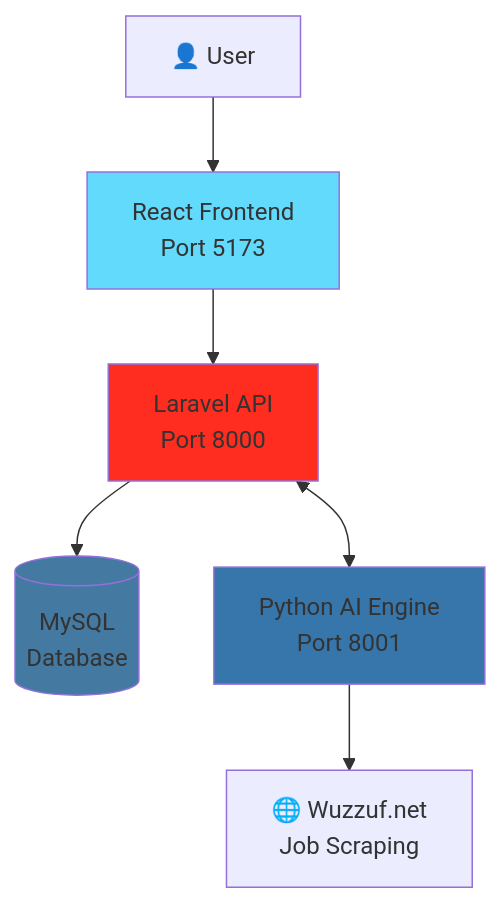
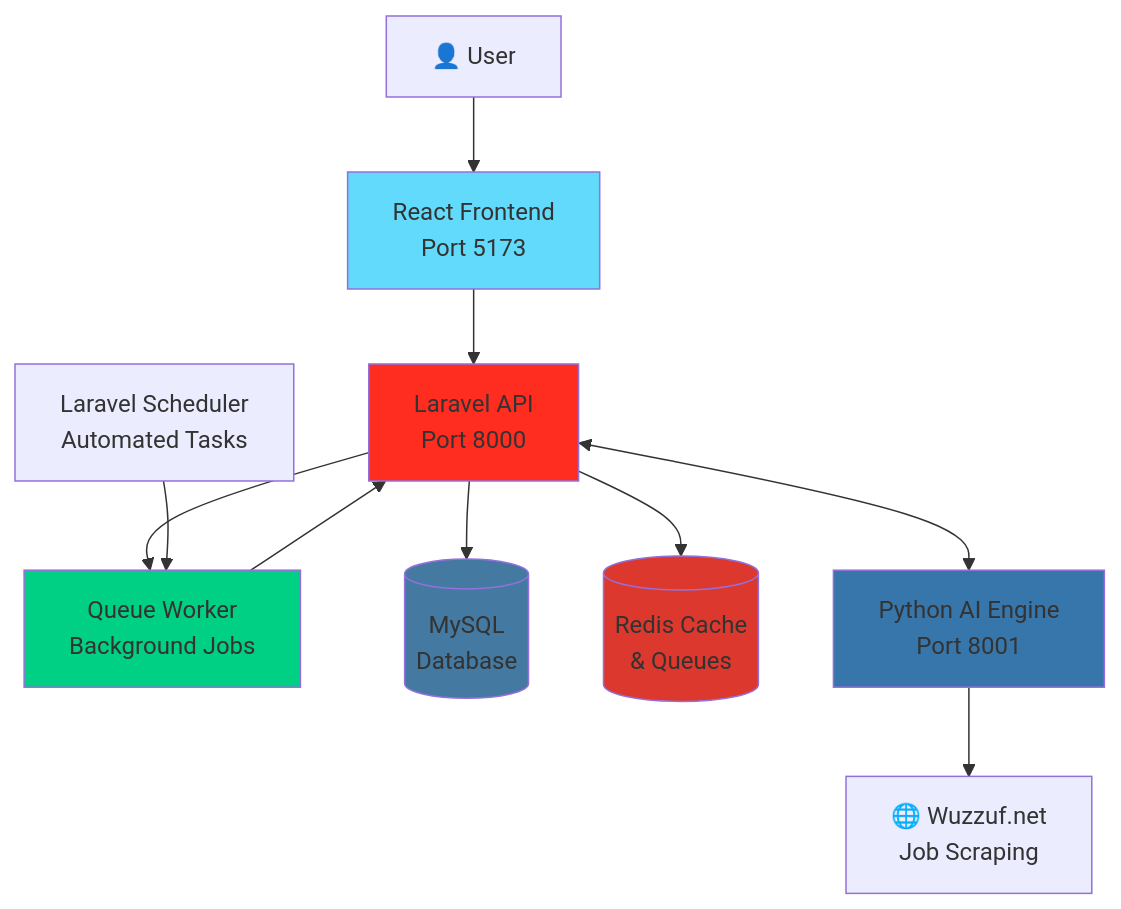
The first of 4 diagrams in README.md (YousefAlTohamy/Graduation-project), drawn with Mermaid before and after one commit. The commit also changed other lines of this file and 1 other file, not shown here.

Commit message:
feat: Introduce queue worker for background processing, enhance market intelligence features, and update documentation to reflect new architecture and API endpoints.

````diff
--- a/README.md
+++ b/README.md
@@ -13,13 +18,19 @@
 ```mermaid
 graph TB
     User[👤 User] --> Frontend[React Frontend<br/>Port 5173]
     Frontend --> Laravel[Laravel API<br/>Port 8000]
+    Laravel --> Queue[Queue Worker<br/>Background Jobs]
     Laravel --> MySQL[(MySQL<br/>Database)]
+    Laravel --> Redis[(Redis Cache<br/>& Queues)]
     Laravel <--> AI[Python AI Engine<br/>Port 8001]
     AI --> Wuzzuf[🌐 Wuzzuf.net<br/>Job Scraping]
+    Queue --> Laravel
+    Scheduler[Laravel Scheduler<br/>Automated Tasks] --> Queue
 
     style Frontend fill:#61dafb
     style Laravel fill:#ff2d20
     style AI fill:#3776ab
     style MySQL fill:#4479a1
+    style Redis fill:#dc382d
+    style Queue fill:#00d084
 ```
````
